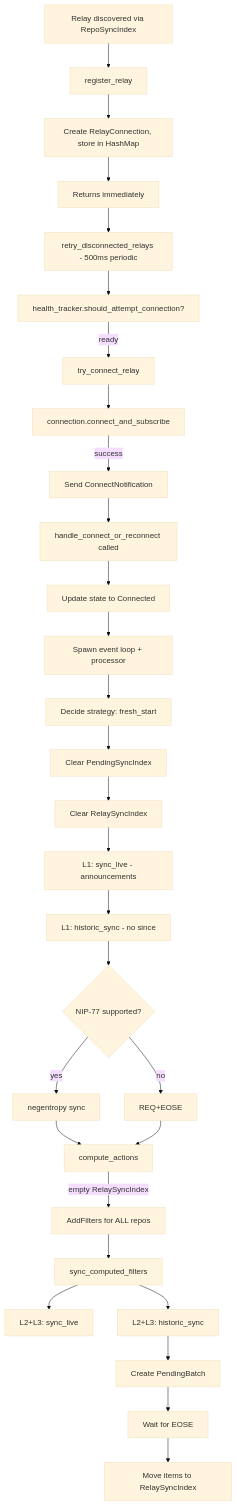
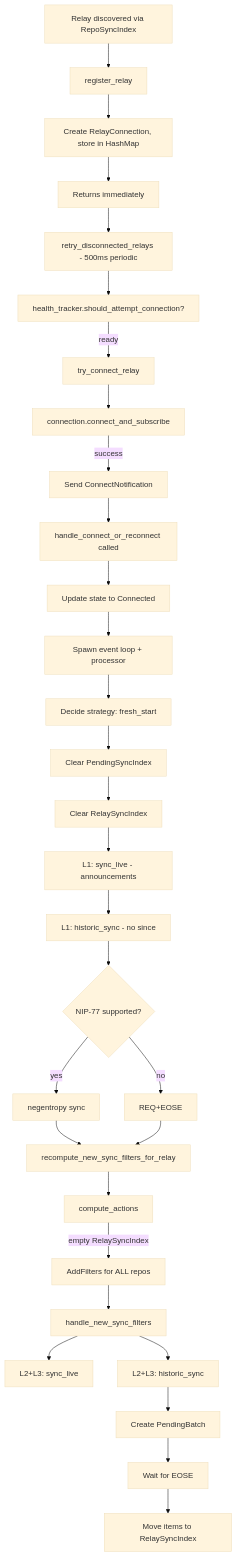
The fifth of 12 diagrams in docs/explanation/grasp-02-proactive-sync.md (Pleb5/ngit-grasp), drawn with Mermaid (base theme) before and after one commit. The commit also changed other lines of this file, not shown here.

Commit message:
docs: sync updates to reflect changes

````diff
--- a/docs/explanation/grasp-02-proactive-sync.md
+++ b/docs/explanation/grasp-02-proactive-sync.md
@@ -284,31 +331,32 @@
 ```mermaid
 flowchart TB
     DISC[Relay discovered via RepoSyncIndex] --> REG[register_relay]
     REG --> CREATE[Create RelayConnection, store in HashMap]
     CREATE --> RET[Returns immediately]
     RET --> LOOP[retry_disconnected_relays - 500ms periodic]
     LOOP --> CHECK[health_tracker.should_attempt_connection?]
     CHECK --> |ready| TRY[try_connect_relay]
     TRY --> CONN[connection.connect_and_subscribe]
     CONN --> |success| NOTIFY[Send ConnectNotification]
     NOTIFY --> HANDLE[handle_connect_or_reconnect called]
     HANDLE --> UPD[Update state to Connected]
     UPD --> SPAWN[Spawn event loop + processor]
     SPAWN --> STRAT[Decide strategy: fresh_start]
     STRAT --> CLEAR_PSI[Clear PendingSyncIndex]
     CLEAR_PSI --> CLEAR_RSI[Clear RelaySyncIndex]
     CLEAR_RSI --> L1_LIVE[L1: sync_live - announcements]
     L1_LIVE --> L1_HIST[L1: historic_sync - no since]
     L1_HIST --> NEG{NIP-77 supported?}
     NEG --> |yes| NEGENTROPY[negentropy sync]
     NEG --> |no| REQ[REQ+EOSE]
-    NEGENTROPY --> CA[compute_actions]
-    REQ --> CA
+    NEGENTROPY --> RECOMPUTE[recompute_new_sync_filters_for_relay]
+    REQ --> RECOMPUTE
+    RECOMPUTE --> CA[compute_actions]
     CA --> |empty RelaySyncIndex| AF[AddFilters for ALL repos]
-    AF --> SFRE[sync_computed_filters]
-    SFRE --> L23_LIVE[L2+L3: sync_live]
-    SFRE --> L23_HIST[L2+L3: historic_sync]
+    AF --> HNSF[handle_new_sync_filters]
+    HNSF --> L23_LIVE[L2+L3: sync_live]
+    HNSF --> L23_HIST[L2+L3: historic_sync]
     L23_HIST --> PB[Create PendingBatch]
     PB --> EOSE[Wait for EOSE]
     EOSE --> CONFIRM[Move items to RelaySyncIndex]
 ```
````
